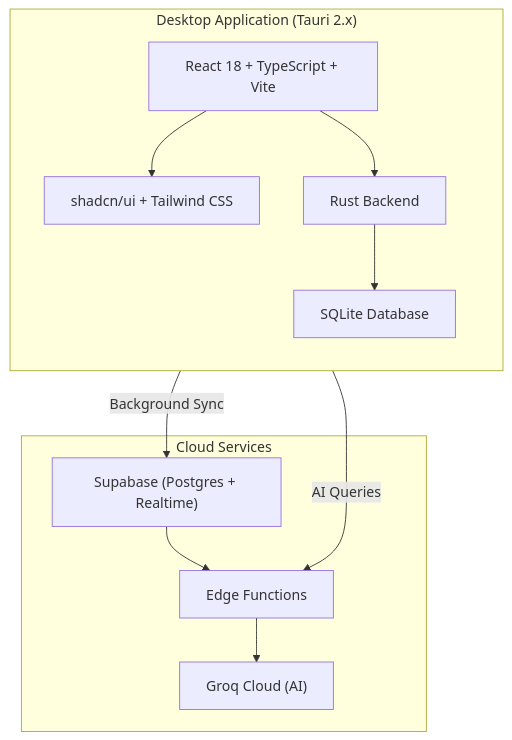
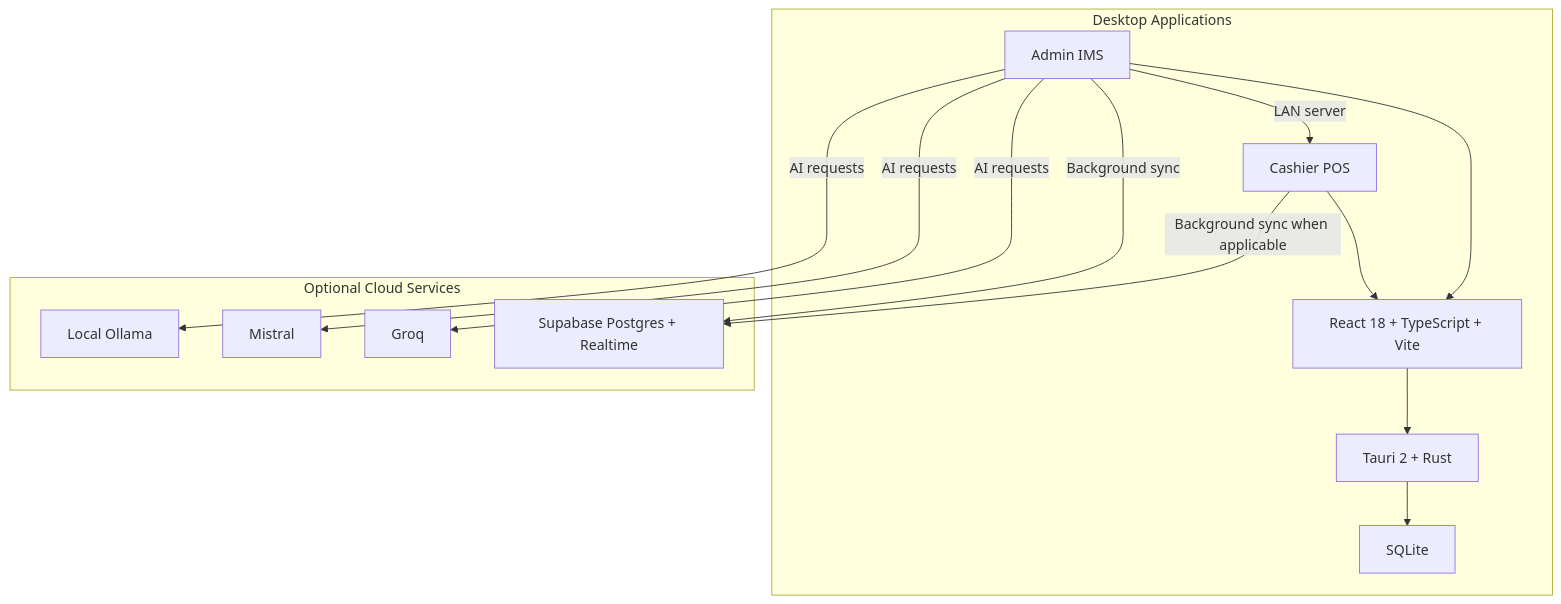
Before and after one commit to BootlegYouki/at-iba-pa-pos: the diagram in README.md, drawn with Mermaid. The commit also changed other lines of this file and 10 other files, not shown here.

First line of the commit message:
Refactor user guide and database schema documentation; enhance export reports feature

````diff
--- a/README.md
+++ b/README.md
@@ -138,24 +145,28 @@
 ```mermaid
 graph TB
-    subgraph Desktop["Desktop Application (Tauri 2.x)"]
-        direction TB
-        Frontend["React 18 + TypeScript + Vite"]
-        UI["shadcn/ui + Tailwind CSS"]
-        Backend["Rust Backend"]
-        SQLite["SQLite Database"]
-        Frontend --> UI
-        Frontend --> Backend
-        Backend --> SQLite
+    subgraph Desktop["Desktop Applications"]
+        Admin["Admin IMS"]
+        Cashier["Cashier POS"]
+        UI["React 18 + TypeScript + Vite"]
+        Rust["Tauri 2 + Rust"]
+        SQLite["SQLite"]
+        UI --> Rust
+        Rust --> SQLite
+        Admin --> UI
+        Cashier --> UI
     end
 
-    subgraph Cloud["Cloud Services"]
-        Supabase["Supabase (Postgres + Realtime)"]
-        Groq["Groq Cloud (AI)"]
-        EdgeFn["Edge Functions"]
-        Supabase --> EdgeFn
-        EdgeFn --> Groq
+    subgraph Cloud["Optional Cloud Services"]
+        Supabase["Supabase Postgres + Realtime"]
+        Groq["Groq"]
+        Mistral["Mistral"]
+        Ollama["Local Ollama"]
     end
 
-    Backend -->|"Background Sync"| Supabase
-    Frontend -->|"AI Queries"| EdgeFn
+    Admin -->|"LAN server"| Cashier
+    Admin -->|"Background sync"| Supabase
+    Cashier -->|"Background sync when applicable"| Supabase
+    Admin -->|"AI requests"| Groq
+    Admin -->|"AI requests"| Mistral
+    Admin -->|"AI requests"| Ollama
 ```
````
